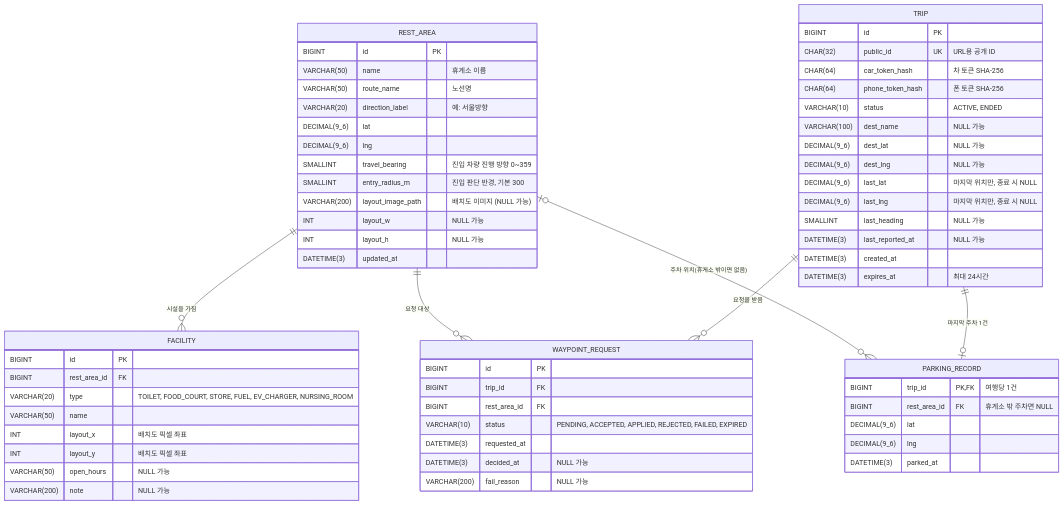
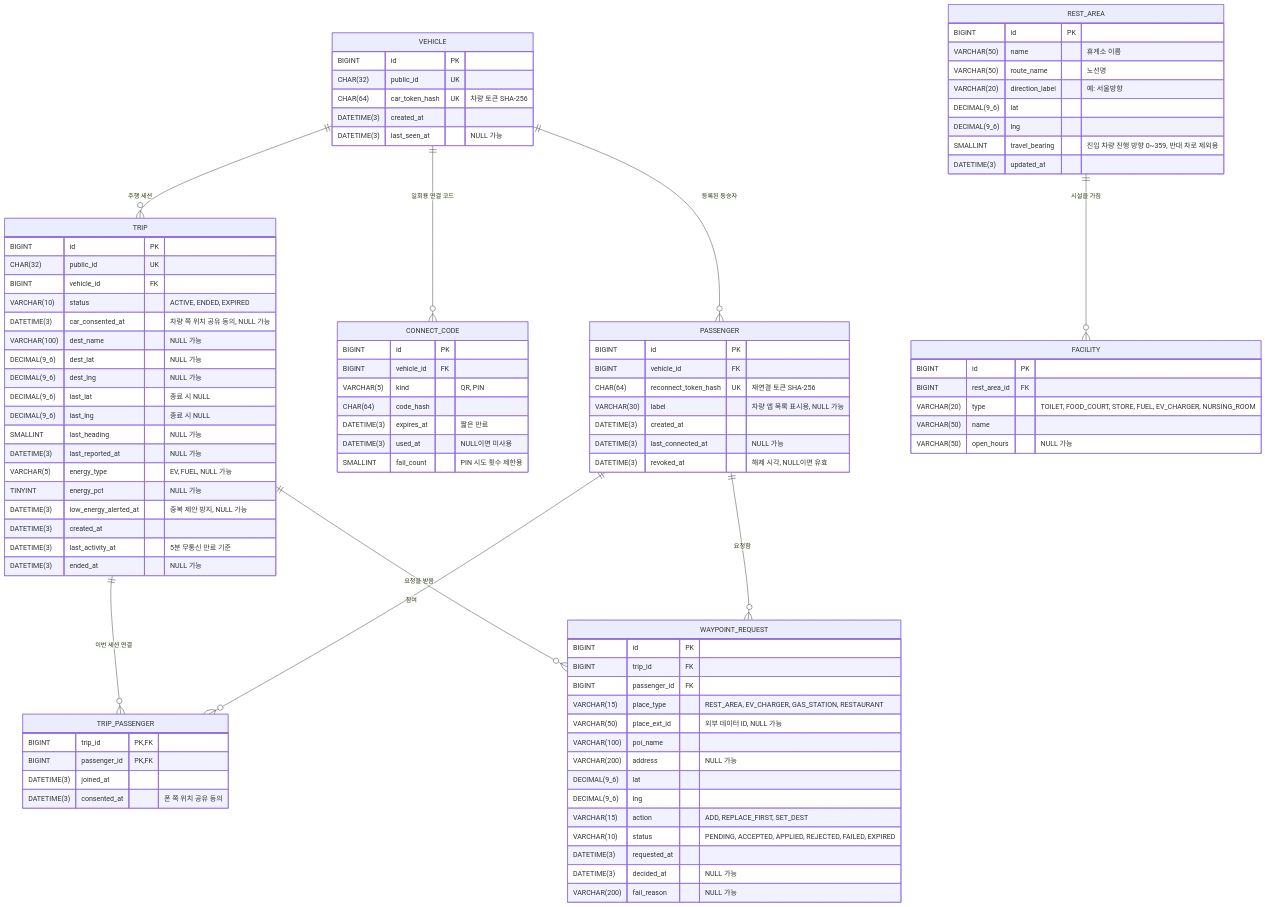
The diagram in docs/erd.md (rladmlwlq/WAY-ON), drawn with Mermaid before and after one commit. The commit also changed other lines of this file and 1 other file, not shown here.

Commit message:
erd.md를 Co-Pilot Connect 기준 ERD로 갱신
changed.md에 있던 새 ERD를 erd.md로 옮기고, changed.md에는 변경 이유만 남김.
schema.sql은 아직 이전 구조.

````diff
--- a/docs/erd.md
+++ b/docs/erd.md
@@ -6,10 +7,86 @@
 ```mermaid
 erDiagram
+    VEHICLE ||--o{ PASSENGER : "등록된 동승자"
+    VEHICLE ||--o{ CONNECT_CODE : "일회용 연결 코드"
+    VEHICLE ||--o{ TRIP : "주행 세션"
+    TRIP ||--o{ TRIP_PASSENGER : "이번 세션 연결"
+    PASSENGER ||--o{ TRIP_PASSENGER : "참여"
+    TRIP ||--o{ WAYPOINT_REQUEST : "요청을 받음"
+    PASSENGER ||--o{ WAYPOINT_REQUEST : "요청함"
     REST_AREA ||--o{ FACILITY : "시설을 가짐"
-    REST_AREA ||--o{ WAYPOINT_REQUEST : "요청 대상"
-    REST_AREA |o--o{ PARKING_RECORD : "주차 위치(휴게소 밖이면 없음)"
-    TRIP ||--o{ WAYPOINT_REQUEST : "요청을 받음"
-    TRIP ||--o| PARKING_RECORD : "마지막 주차 1건"
+
+    VEHICLE {
+        BIGINT id PK
+        CHAR(32) public_id UK
+        CHAR(64) car_token_hash UK "차량 토큰 SHA-256"
+        DATETIME(3) created_at
+        DATETIME(3) last_seen_at "NULL 가능"
+    }
+
+    PASSENGER {
+        BIGINT id PK
+        BIGINT vehicle_id FK
+        CHAR(64) reconnect_token_hash UK "재연결 토큰 SHA-256"
+        VARCHAR(30) label "차량 앱 목록 표시용, NULL 가능"
+        DATETIME(3) created_at
+        DATETIME(3) last_connected_at "NULL 가능"
+        DATETIME(3) revoked_at "해제 시각, NULL이면 유효"
+    }
+
+    CONNECT_CODE {
+        BIGINT id PK
+        BIGINT vehicle_id FK
+        VARCHAR(5) kind "QR, PIN"
+        CHAR(64) code_hash
+        DATETIME(3) expires_at "짧은 만료"
+        DATETIME(3) used_at "NULL이면 미사용"
+        SMALLINT fail_count "PIN 시도 횟수 제한용"
+    }
+
+    TRIP {
+        BIGINT id PK
+        CHAR(32) public_id UK
+        BIGINT vehicle_id FK
+        VARCHAR(10) status "ACTIVE, ENDED, EXPIRED"
+        DATETIME(3) car_consented_at "차량 쪽 위치 공유 동의, NULL 가능"
+        VARCHAR(100) dest_name "NULL 가능"
+        DECIMAL(9_6) dest_lat "NULL 가능"
+        DECIMAL(9_6) dest_lng "NULL 가능"
+        DECIMAL(9_6) last_lat "종료 시 NULL"
+        DECIMAL(9_6) last_lng "종료 시 NULL"
+        SMALLINT last_heading "NULL 가능"
+        DATETIME(3) last_reported_at "NULL 가능"
+        VARCHAR(5) energy_type "EV, FUEL, NULL 가능"
+        TINYINT energy_pct "NULL 가능"
+        DATETIME(3) low_energy_alerted_at "중복 제안 방지, NULL 가능"
+        DATETIME(3) created_at
+        DATETIME(3) last_activity_at "5분 무통신 만료 기준"
+        DATETIME(3) ended_at "NULL 가능"
+    }
+
+    TRIP_PASSENGER {
+        BIGINT trip_id PK, FK
+        BIGINT passenger_id PK, FK
+        DATETIME(3) joined_at
+        DATETIME(3) consented_at "폰 쪽 위치 공유 동의"
+    }
+
+    WAYPOINT_REQUEST {
+        BIGINT id PK
+        BIGINT trip_id FK
+        BIGINT passenger_id FK
+        VARCHAR(15) place_type "REST_AREA, EV_CHARGER, GAS_STATION, RESTAURANT"
+        VARCHAR(50) place_ext_id "외부 데이터 ID, NULL 가능"
+        VARCHAR(100) poi_name
+        VARCHAR(200) address "NULL 가능"
+        DECIMAL(9_6) lat
+        DECIMAL(9_6) lng
+        VARCHAR(15) action "ADD, REPLACE_FIRST, SET_DEST"
+        VARCHAR(10) status "PENDING, ACCEPTED, APPLIED, REJECTED, FAILED, EXPIRED"
+        DATETIME(3) requested_at
+        DATETIME(3) decided_at "NULL 가능"
+        VARCHAR(200) fail_reason "NULL 가능"
+    }
 
     REST_AREA {
         BIGINT id PK
@@ -18,11 +95,7 @@
         VARCHAR(20) direction_label "예: 서울방향"
         DECIMAL(9_6) lat
         DECIMAL(9_6) lng
-        SMALLINT travel_bearing "진입 차량 진행 방향 0~359"
-        SMALLINT entry_radius_m "진입 판단 반경, 기본 300"
-        VARCHAR(200) layout_image_path "배치도 이미지 (NULL 가능)"
-        INT layout_w "NULL 가능"
-        INT layout_h "NULL 가능"
+        SMALLINT travel_bearing "진입 차량 진행 방향 0~359, 반대 차로 제외용"
         DATETIME(3) updated_at
     }
 
@@ -31,44 +104,6 @@
         BIGINT rest_area_id FK
         VARCHAR(20) type "TOILET, FOOD_COURT, STORE, FUEL, EV_CHARGER, NURSING_ROOM"
         VARCHAR(50) name
-        INT layout_x "배치도 픽셀 좌표"
-        INT layout_y "배치도 픽셀 좌표"
         VARCHAR(50) open_hours "NULL 가능"
-        VARCHAR(200) note "NULL 가능"
-    }
-
-    TRIP {
-        BIGINT id PK
-        CHAR(32) public_id UK "URL용 공개 ID"
-        CHAR(64) car_token_hash "차 토큰 SHA-256"
-        CHAR(64) phone_token_hash "폰 토큰 SHA-256"
-        VARCHAR(10) status "ACTIVE, ENDED"
-        VARCHAR(100) dest_name "NULL 가능"
-        DECIMAL(9_6) dest_lat "NULL 가능"
-        DECIMAL(9_6) dest_lng "NULL 가능"
-        DECIMAL(9_6) last_lat "마지막 위치만, 종료 시 NULL"
-        DECIMAL(9_6) last_lng "마지막 위치만, 종료 시 NULL"
-        SMALLINT last_heading "NULL 가능"
-        DATETIME(3) last_reported_at "NULL 가능"
-        DATETIME(3) created_at
-        DATETIME(3) expires_at "최대 24시간"
-    }
-
-    WAYPOINT_REQUEST {
-        BIGINT id PK
-        BIGINT trip_id FK
-        BIGINT rest_area_id FK
-        VARCHAR(10) status "PENDING, ACCEPTED, APPLIED, REJECTED, FAILED, EXPIRED"
-        DATETIME(3) requested_at
-        DATETIME(3) decided_at "NULL 가능"
-        VARCHAR(200) fail_reason "NULL 가능"
-    }
-
-    PARKING_RECORD {
-        BIGINT trip_id PK, FK "여행당 1건"
-        BIGINT rest_area_id FK "휴게소 밖 주차면 NULL"
-        DECIMAL(9_6) lat
-        DECIMAL(9_6) lng
-        DATETIME(3) parked_at
     }
 ```
````
